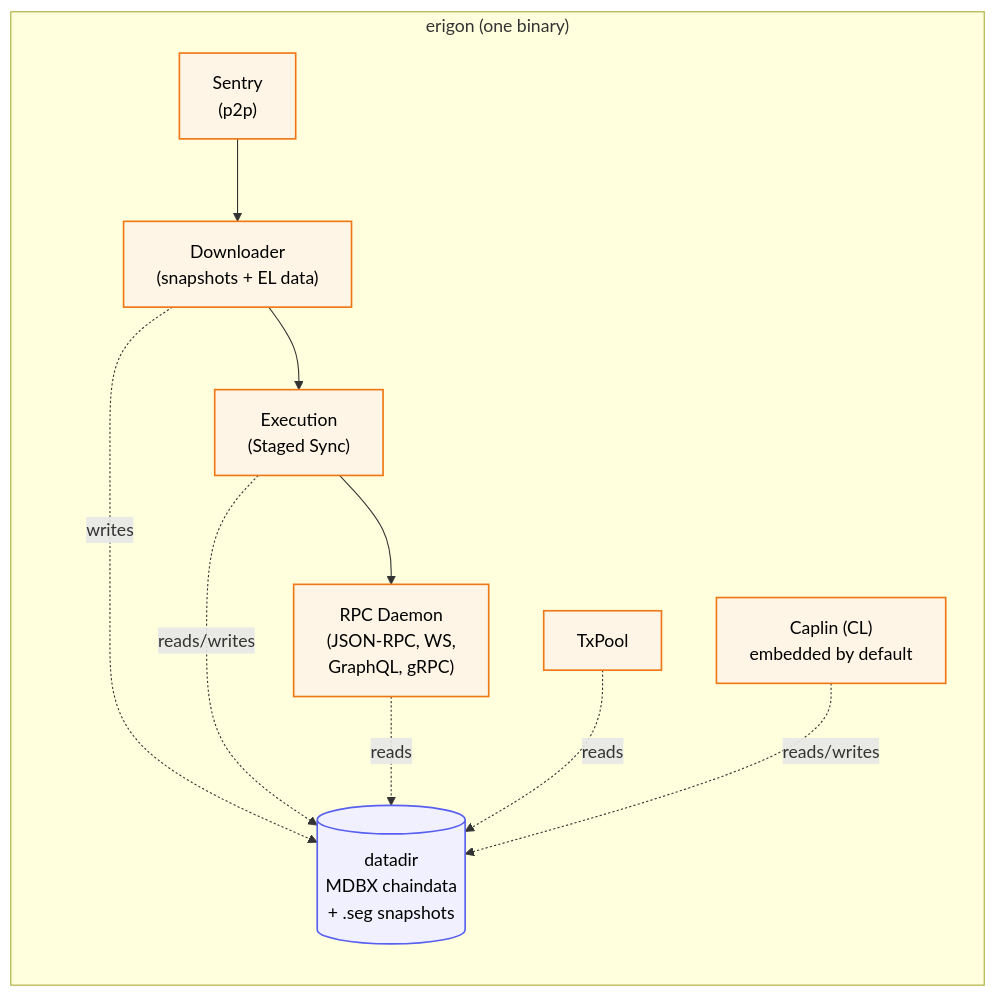
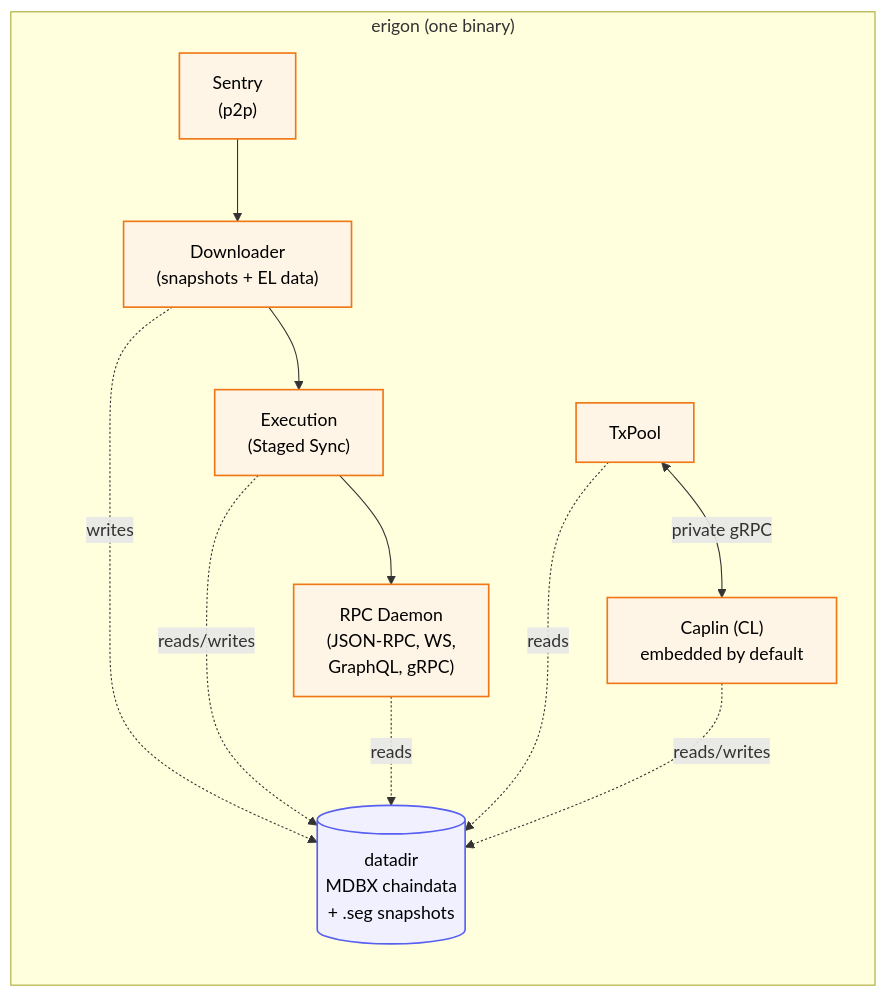
Before and after one commit to erigontech/erigon: the diagram in docs/site/docs/fundamentals/architecture.md, drawn with Mermaid.

Commit message:
Potential fix for pull request finding

````diff
--- a/docs/site/docs/fundamentals/architecture.md
+++ b/docs/site/docs/fundamentals/architecture.md
@@ -13,29 +13,30 @@
 ```mermaid
 flowchart TB
     subgraph erigon["erigon (one binary)"]
         direction TB
         Sentry["Sentry<br/>(p2p)"]
         Downloader["Downloader<br/>(snapshots + EL data)"]
         Execution["Execution<br/>(Staged Sync)"]
         RPC["RPC Daemon<br/>(JSON-RPC, WS,<br/>GraphQL, gRPC)"]
         TxPool["TxPool"]
         Caplin["Caplin (CL)<br/>embedded by default"]
         Datadir[("datadir<br/>MDBX chaindata<br/>+ .seg snapshots")]
 
         Sentry --> Downloader
         Downloader --> Execution
         Execution --> RPC
 
         Downloader -.writes.-> Datadir
         Execution -.reads/writes.-> Datadir
         RPC -.reads.-> Datadir
 
+        TxPool <-- private gRPC --> Caplin
         TxPool -.reads.-> Datadir
         Caplin -.reads/writes.-> Datadir
     end
 
     classDef component fill:#fff5e6,stroke:#EF7716,stroke-width:1.5px,color:#000
     classDef storage fill:#f0f0ff,stroke:#5860EF,stroke-width:1.5px,color:#000
     class Sentry,Downloader,Execution,RPC,TxPool,Caplin component
     class Datadir storage
 ```
````
